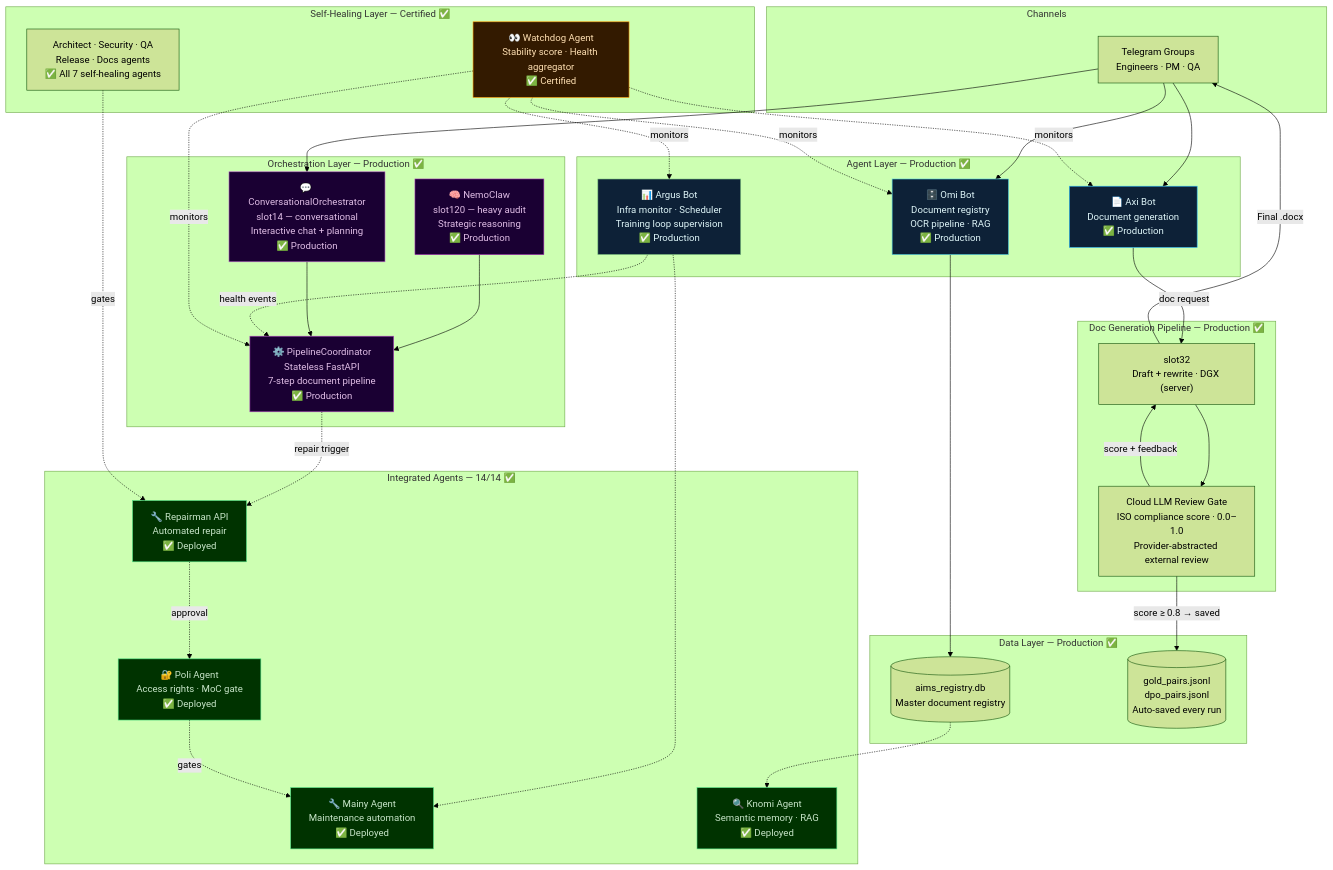
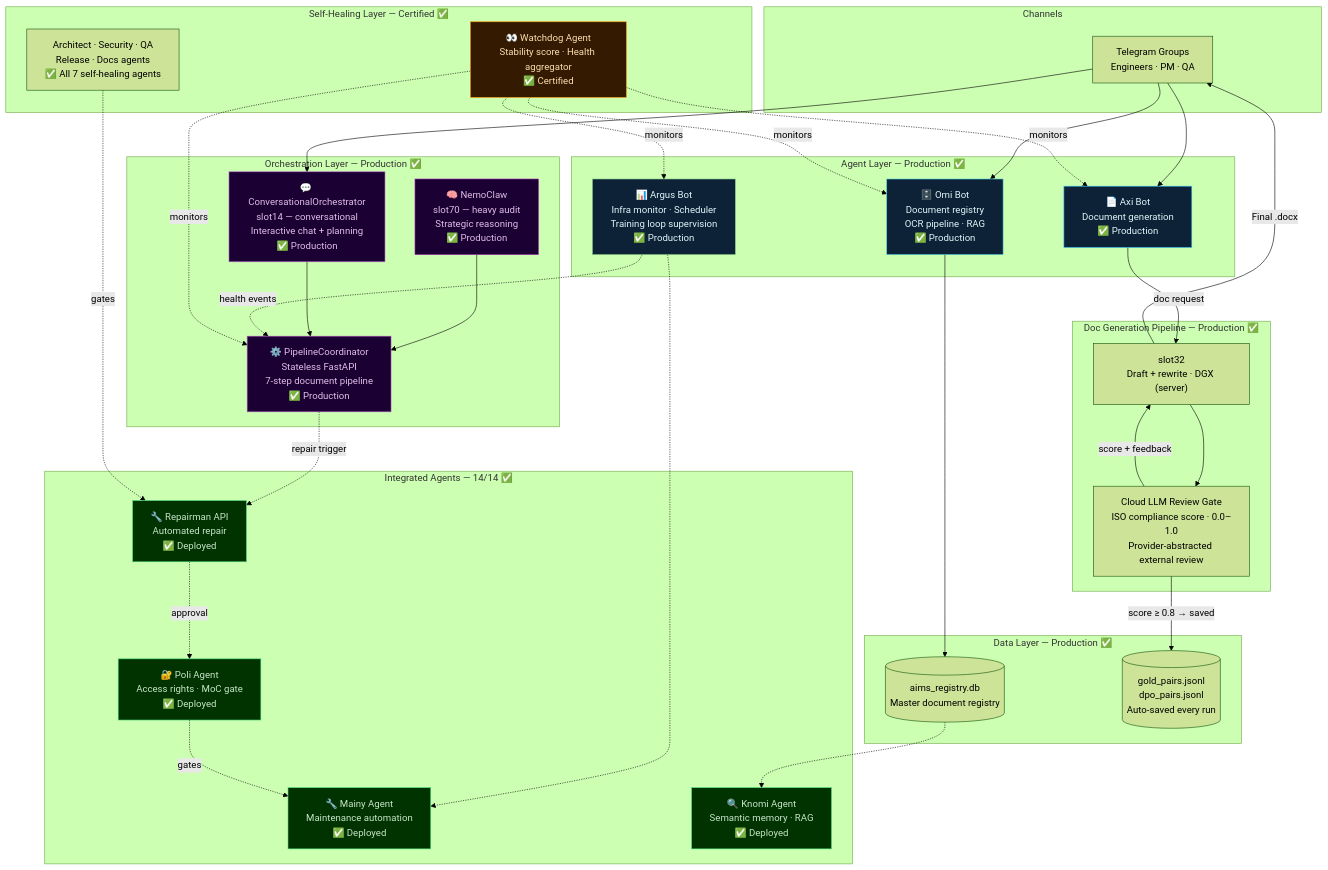
The first of 12 diagrams in README.md (AxiOMSphereAssistanceAIMS/AxiOMSphere), drawn with Mermaid (forest theme) before and after one commit. The commit also changed other lines of this file, not shown here.

````diff
--- a/README.md
+++ b/README.md
@@ -183,69 +183,69 @@
 ```mermaid
 flowchart TB
     subgraph Channels
         TG["Telegram Groups\nEngineers · PM · QA"]
     end
 
     subgraph "Agent Layer — Production ✅"
         Axi["📄 Axi Bot\nDocument generation\n✅ Production"]
         Omi["🗄️ Omi Bot\nDocument registry\nOCR pipeline · RAG\n✅ Production"]
         Argus["📊 Argus Bot\nInfra monitor · Scheduler\nTraining loop supervision\n✅ Production"]
     end
 
     subgraph "Orchestration Layer — Production ✅"
-        NemoClaw["🧠 NemoClaw\nslot120 — heavy audit\nStrategic reasoning\n✅ Production"]
+        NemoClaw["🧠 NemoClaw\nslot70 — heavy audit\nStrategic reasoning\n✅ Production"]
         PipelineCoord["⚙️ PipelineCoordinator\nStateless FastAPI\n7-step document pipeline\n✅ Production"]
         ConvOrch["💬 ConversationalOrchestrator\nslot14 — conversational\nInteractive chat + planning\n✅ Production"]
     end
 
     subgraph "Doc Generation Pipeline — Production ✅"
         Qwen["slot32\nDraft + rewrite · DGX (server)"]
         CloudGate["Cloud LLM Review Gate\nISO compliance score · 0.0–1.0\nProvider-abstracted external review"]
     end
 
     subgraph "Data Layer — Production ✅"
         AR[("aims_registry.db\nMaster document registry")]
         TRN[("gold_pairs.jsonl\ndpo_pairs.jsonl\nAuto-saved every run")]
     end
 
     subgraph "Integrated Agents — 14/14 ✅"
         NL["🔐 Poli Agent\nAccess rights · MoC gate\n✅ Deployed"]
         NM["🔧 Mainy Agent\nMaintenance automation\n✅ Deployed"]
         NR["🔍 Knomi Agent\nSemantic memory · RAG\n✅ Deployed"]
         Repairman["🔧 Repairman API\nAutomated repair\n✅ Deployed"]
     end
 
     subgraph "Self-Healing Layer — Certified ✅"
         Watchdog["👀 Watchdog Agent\nStability score · Health aggregator\n✅ Certified"]
         SH["Architect · Security · QA\nRelease · Docs agents\n✅ All 7 self-healing agents"]
     end
 
     TG --> Axi & Omi & ConvOrch
     NemoClaw --> PipelineCoord
     ConvOrch --> PipelineCoord
     Axi -->|"doc request"| Qwen --> CloudGate
     CloudGate -->|"score + feedback"| Qwen
     Qwen -->|"Final .docx"| TG
     CloudGate -->|"score ≥ 0.8 → saved"| TRN
     Omi --> AR
     Argus -.->|"health events"| PipelineCoord
     PipelineCoord -.->|"repair trigger"| Repairman
     Repairman -.->|"approval"| NL
     AR -.-> NR
     Argus -.-> NM
     NL -.->|"gates"| NM
     Watchdog -.->|"monitors"| Axi & Omi & Argus & PipelineCoord
     SH -.->|"gates"| Repairman
 
     style Axi fill:#0d2137,stroke:#29b6f6,color:#e0f7fa
     style Omi fill:#0d2137,stroke:#4dd0e1,color:#e0f7fa
     style Argus fill:#0d2137,stroke:#81c784,color:#e0f7fa
     style NemoClaw fill:#1a0033,stroke:#9c27b0,color:#e1bee7
     style PipelineCoord fill:#1a0033,stroke:#ab47bc,color:#e1bee7
     style ConvOrch fill:#1a0033,stroke:#ba68c8,color:#e1bee7
     style NL fill:#003300,stroke:#4ade80,color:#c8e6c9
     style NM fill:#003300,stroke:#4ade80,color:#c8e6c9
     style NR fill:#003300,stroke:#4ade80,color:#c8e6c9
     style Repairman fill:#003300,stroke:#4ade80,color:#c8e6c9
     style Watchdog fill:#331a00,stroke:#ff9800,color:#ffe0b2
 ```
````
